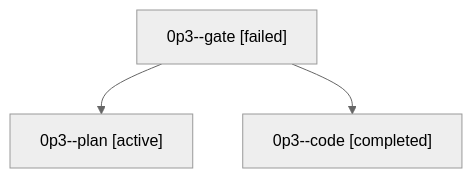
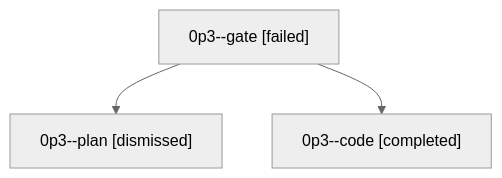
One commit to sase-org/sase--agents changed the diagram in sessions/bbugyi200.athena.0p3.md. Above: the diagram before and after it, drawn with Mermaid (neutral theme). The commit also changed other lines of this file and 30 other files, not shown here.

````diff
--- a/sessions/bbugyi200.athena.0p3.md
+++ b/sessions/bbugyi200.athena.0p3.md
@@ -9,8 +9,8 @@
 ```mermaid
 flowchart TD
   n0["0p3--gate [failed]"]
-  n1["0p3--plan [active]"]
+  n1["0p3--plan [dismissed]"]
   n0 --> n1
   n2["0p3--code [completed]"]
   n0 --> n2
 ```
````
